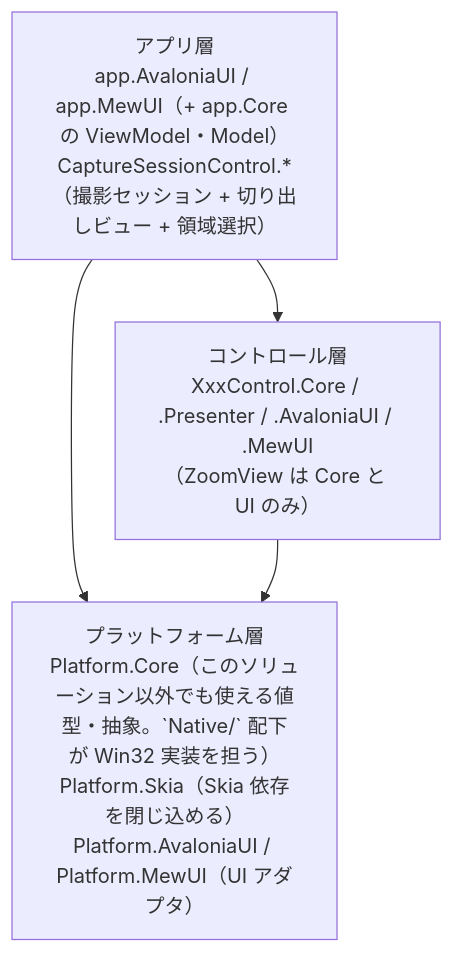
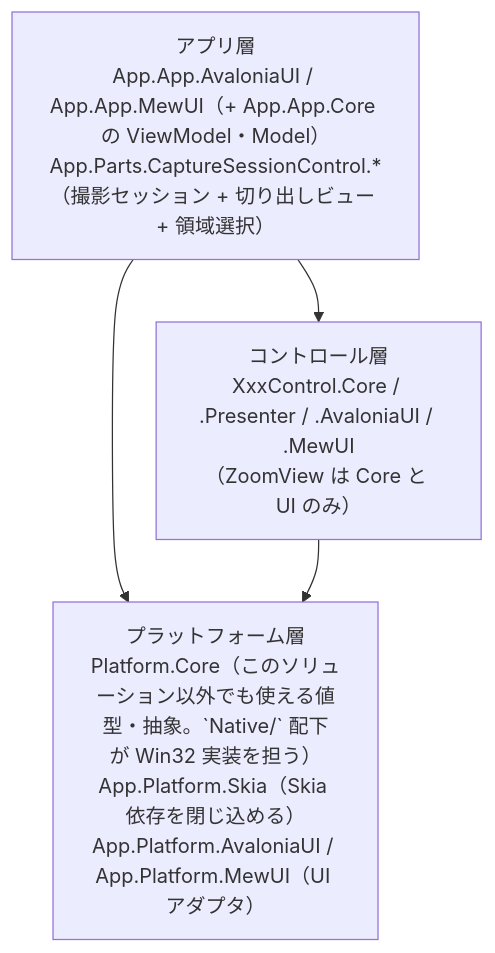
The first of 2 diagrams in src/README.md (tomokuni/SaveEvidence), drawn with Mermaid before and after one commit. The commit also changed other lines of this file and 847 other files, not shown here.

First line of the commit message:
アプリ層 14 プロジェクトを App.* 配下へ改名し、共有コアの配置を正す

````diff
--- a/src/README.md
+++ b/src/README.md
@@ -8,9 +8,9 @@
 ```mermaid
 flowchart TB
-    APP["アプリ層<br/>app.AvaloniaUI / app.MewUI（+ app.Core の ViewModel・Model）<br/>CaptureSessionControl.*（撮影セッション + 切り出しビュー + 領域選択）"]
+    APP["アプリ層<br/>App.App.AvaloniaUI / App.App.MewUI（+ App.App.Core の ViewModel・Model）<br/>App.Parts.CaptureSessionControl.*（撮影セッション + 切り出しビュー + 領域選択）"]
     CTRL["コントロール層<br/>XxxControl.Core / .Presenter / .AvaloniaUI / .MewUI<br/>（ZoomView は Core と UI のみ）"]
-    PLAT["プラットフォーム層<br/>Platform.Core（このソリューション以外でも使える値型・抽象。`Native/` 配下が Win32 実装を担う）<br/>Platform.Skia（Skia 依存を閉じ込める）<br/>Platform.AvaloniaUI / Platform.MewUI（UI アダプタ）"]
+    PLAT["プラットフォーム層<br/>Platform.Core（このソリューション以外でも使える値型・抽象。`Native/` 配下が Win32 実装を担う）<br/>App.Platform.Skia（Skia 依存を閉じ込める）<br/>App.Platform.AvaloniaUI / App.Platform.MewUI（UI アダプタ）"]
     APP --> CTRL
     APP --> PLAT
     CTRL --> PLAT
 ```
````
